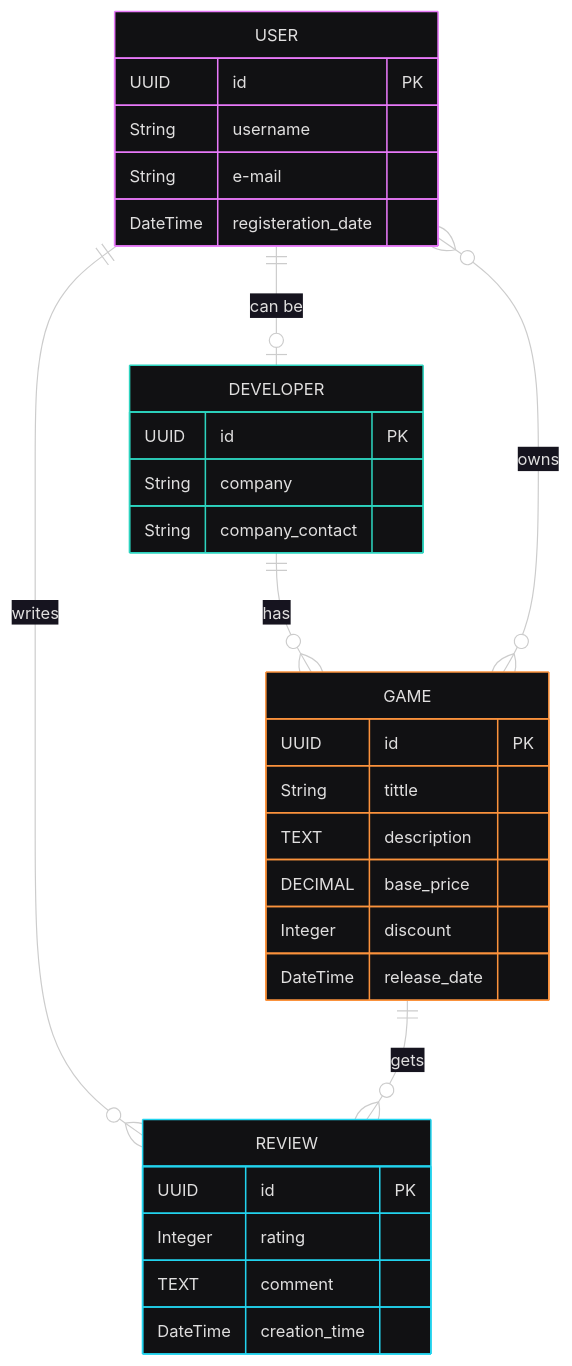
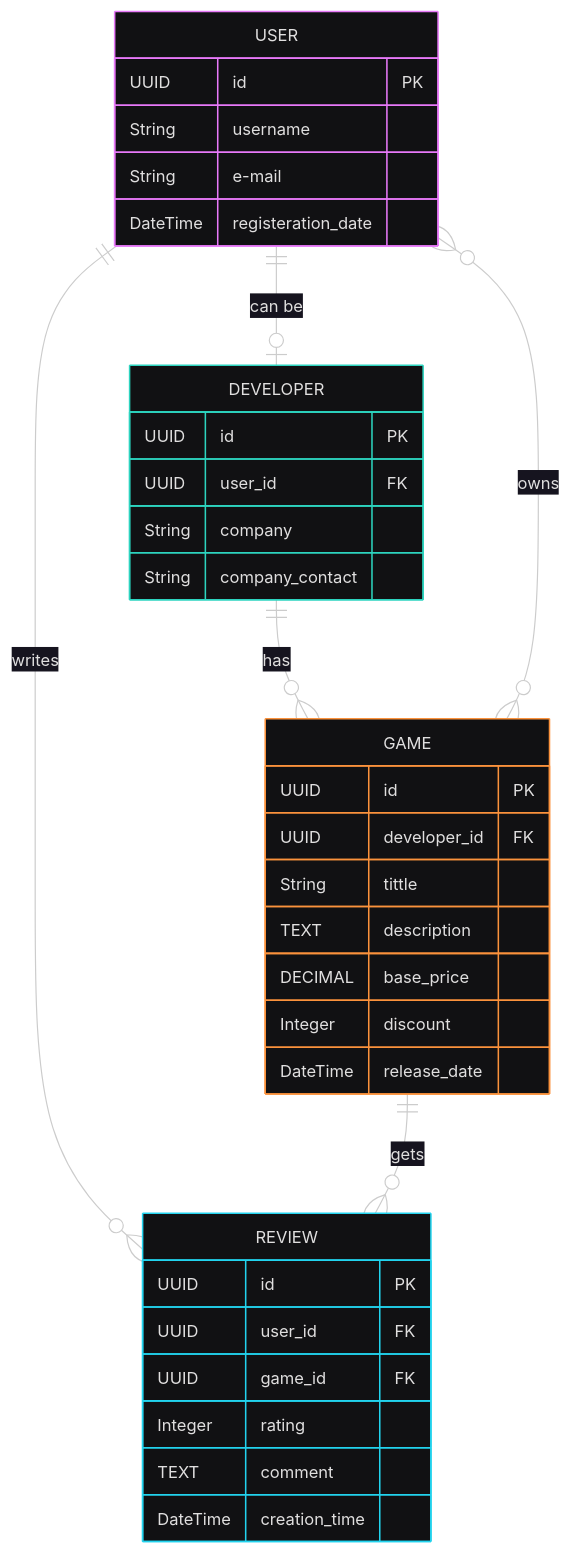
Before and after one commit to KotiasFeet/kpi_2026: the diagram in lab_1/diagram.mmd, drawn with Mermaid. The commit also changed 1 other file, not shown here.

```diff
--- a/lab_1/diagram.mmd
+++ b/lab_1/diagram.mmd
@@ -1,41 +1,43 @@
 ---
 config:
   theme: redux-dark-color
-  look: classic
-  layout: dagre
 ---
 erDiagram
     USER ||--o| DEVELOPER : "can be"
     DEVELOPER ||--o{ GAME : "has"
     USER }o--o{ GAME : "owns"
     USER ||--o{ REVIEW : "writes"
     GAME ||--o{ REVIEW : "gets"
 
     USER {
         UUID id PK
         String username
         String e-mail
         DateTime registeration_date
     }
 
     DEVELOPER {
         UUID id PK
+				UUID user_id FK
         String company
         String company_contact
     }
 
     GAME {
         UUID id PK
+				UUID developer_id FK
         String tittle
         TEXT description
         DECIMAL base_price
         Integer discount
         DateTime release_date
     }
 
     REVIEW {
         UUID id PK
+				UUID user_id FK
+				UUID game_id FK
         Integer rating
         TEXT comment
         DateTime creation_time
     }
```
